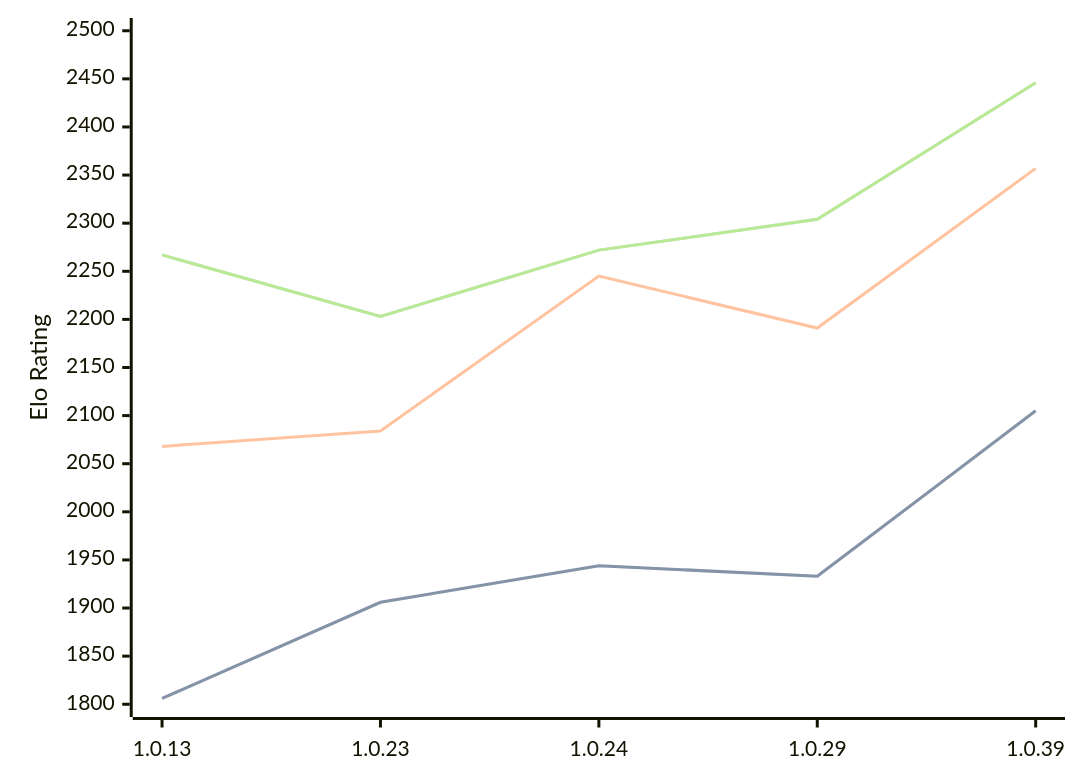
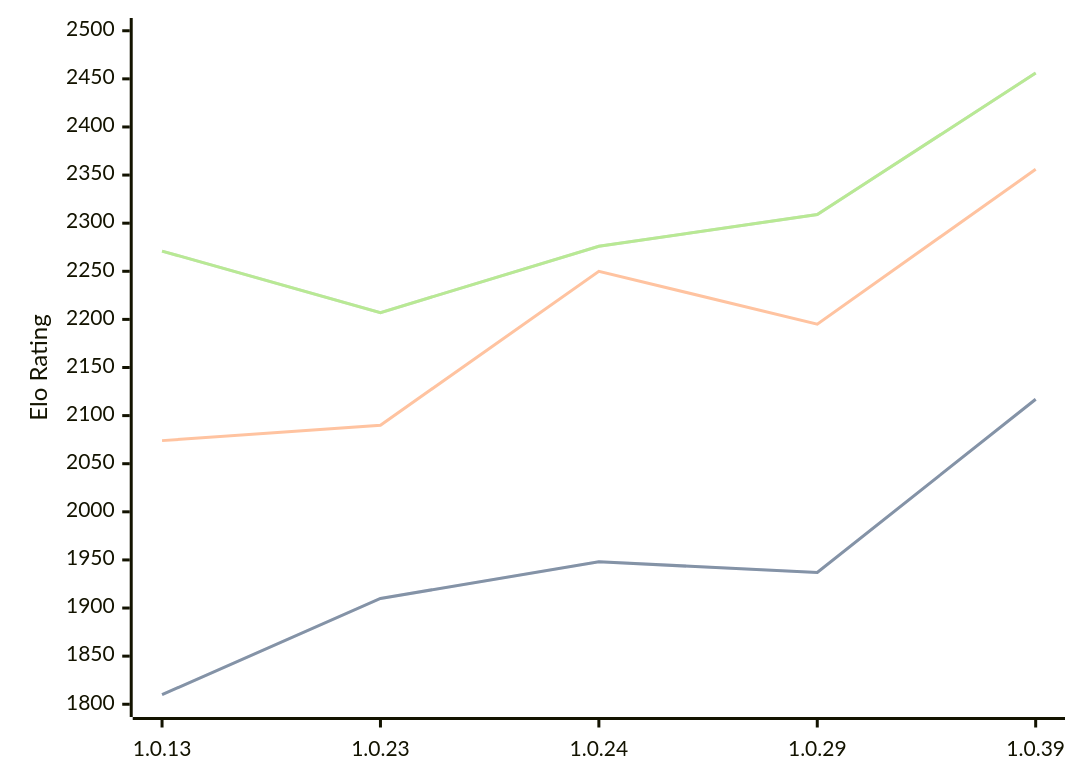
One commit to computer-chess-index/cci changed the diagram in engines/RustyRival.md. Above: the diagram before and after it, drawn with Mermaid. The commit also changed other lines of this file, not shown here.

Commit message:
Update CCI Ratings (ELO VLTC) - 2026-04-18

````diff
--- a/engines/RustyRival.md
+++ b/engines/RustyRival.md
@@ -66,11 +66,11 @@
 ```mermaid
 %%{init: {"theme":"base","themeVariables":{"seriesColors:['#a3a3a3','#222221','#faa371']}}}%%
 xychart-beta
   x-axis ["1.0.13", "1.0.23", "1.0.24", "1.0.29", "1.0.39"]
   y-axis "Elo Rating" 1800 --> 2500
-  line "STC (8.0+0.08s)" [1806, 1906, 1944, 1933, 2105]
-  line "STC (8.0+0.08s)" [1806, 1906, 1944, 1933, 2105]
-  line "LTC (60.0+0.60s)" [2068, 2084, 2245, 2191, 2357]
-  line "VLTC (2m24s+1.12s)" [2267, 2203, 2272, 2304, 2446]
-  line "VLTC (2m24s+1.12s)" [2267, 2203, 2272, 2304, 2446]
+  line "STC (8.0+0.08s)" [1810, 1910, 1948, 1937, 2117]
+  line "STC (8.0+0.08s)" [1810, 1910, 1948, 1937, 2117]
+  line "LTC (60.0+0.60s)" [2074, 2090, 2250, 2195, 2356]
+  line "VLTC (2m24s+1.12s)" [2271, 2207, 2276, 2309, 2456]
+  line "VLTC (2m24s+1.12s)" [2271, 2207, 2276, 2309, 2456]
 ```
````
